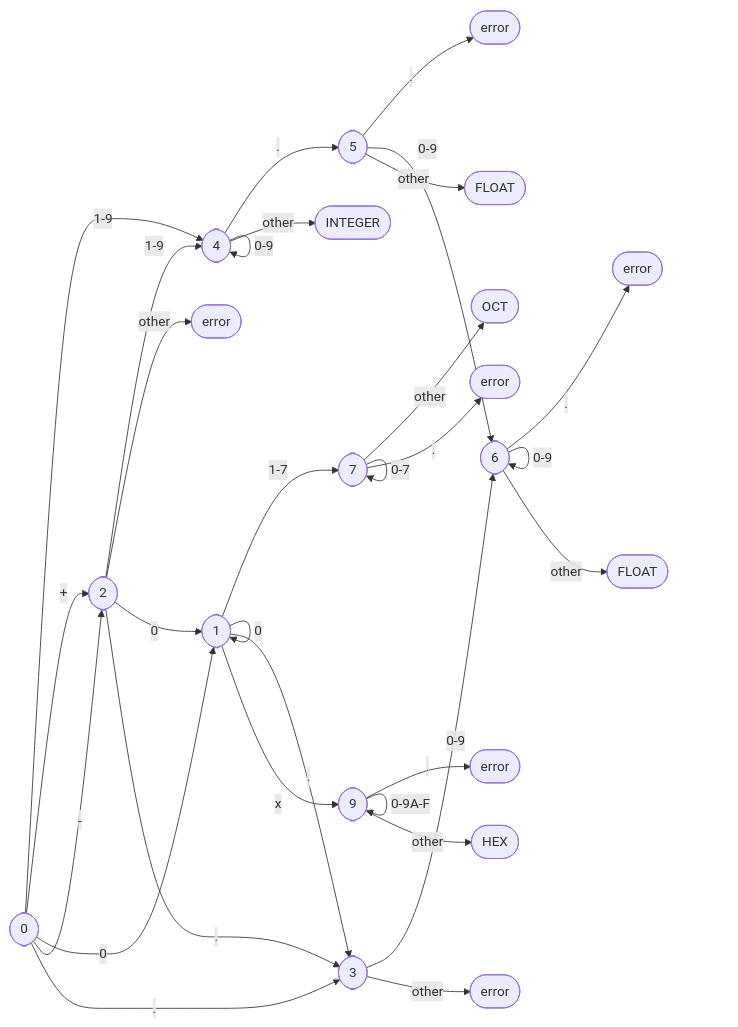
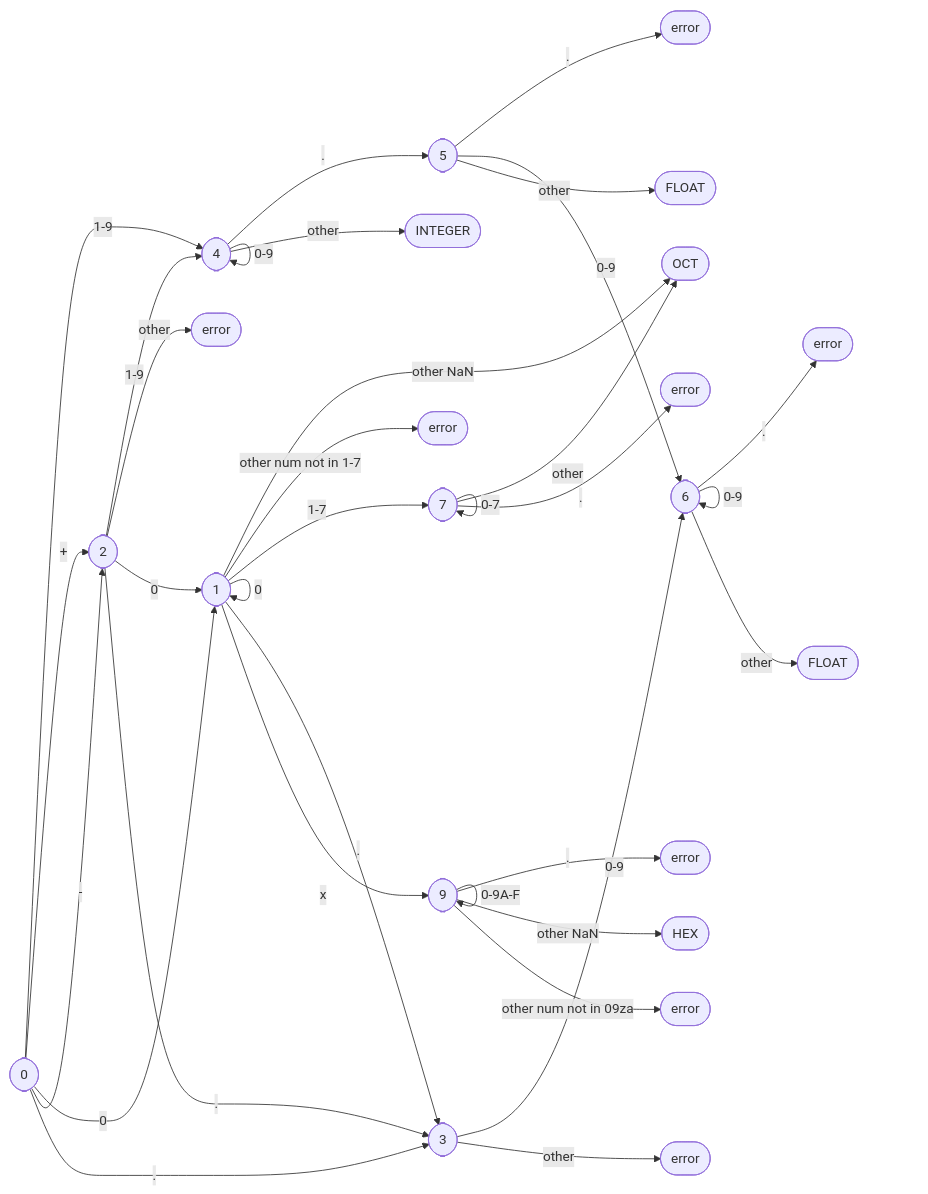
The fourth of 4 diagrams in doc/Design.org (niT-Tin/hstoken), drawn with Mermaid before and after one commit.

Commit message:
fix:修复边界错误

```diff
--- a/doc/Design.org
+++ b/doc/Design.org
@@ -83,33 +83,36 @@
 #+begin_src mermaid :file number.png
-graph LR
+ graph LR
     A -- 1-9 --> E([4])
     A -- + --> C([2])
     A([0]) -- 0 --> B([1])
     A -- - --> C
     A -- . --> D([3])
     B -- 0 --> B
+    B -- "other NaN" --> O
+    B -- "other num not in 1-7" --> a([error])
     E -- 0-9 --> E
     E -- . --> F([5])
     E -- other --> U([INTEGER])
     F -- . --> G([error])
     F -- 0-9 --> H([6])
     H -- 0-9 --> H
     H -- . --> J([error])
     H -- other --> K([FLOAT])
     D -- 0-9 --> H
     D -- other --> L([error])
     B -- 1-7 --> M([7])
     M -- 0-7 --> M
     B -- . --> D
     M -- other --> O([OCT])
     M -- . --> P([error])
     B -- x --> R([9])
     R -- 0-9A-F --> R
     R -- . --> S([error])
-    R -- other --> T([HEX])
+    R -- "other NaN" --> T([HEX])
+    R -- "other num not in 09za" --> b([error])
     C -- 1-9 --> E
     C -- other --> V([error])
     C -- 0 --> B
     C -- . --> D
     F -- other --> W([FLOAT])
 #+end_src
```
